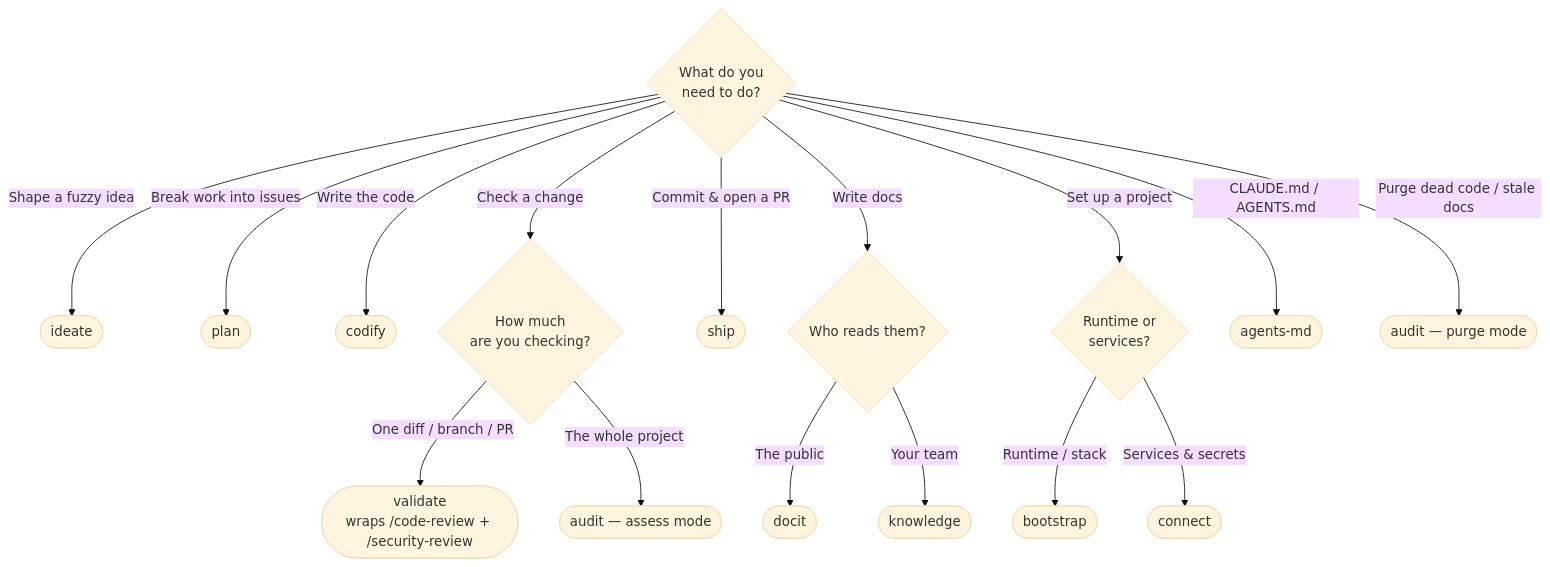
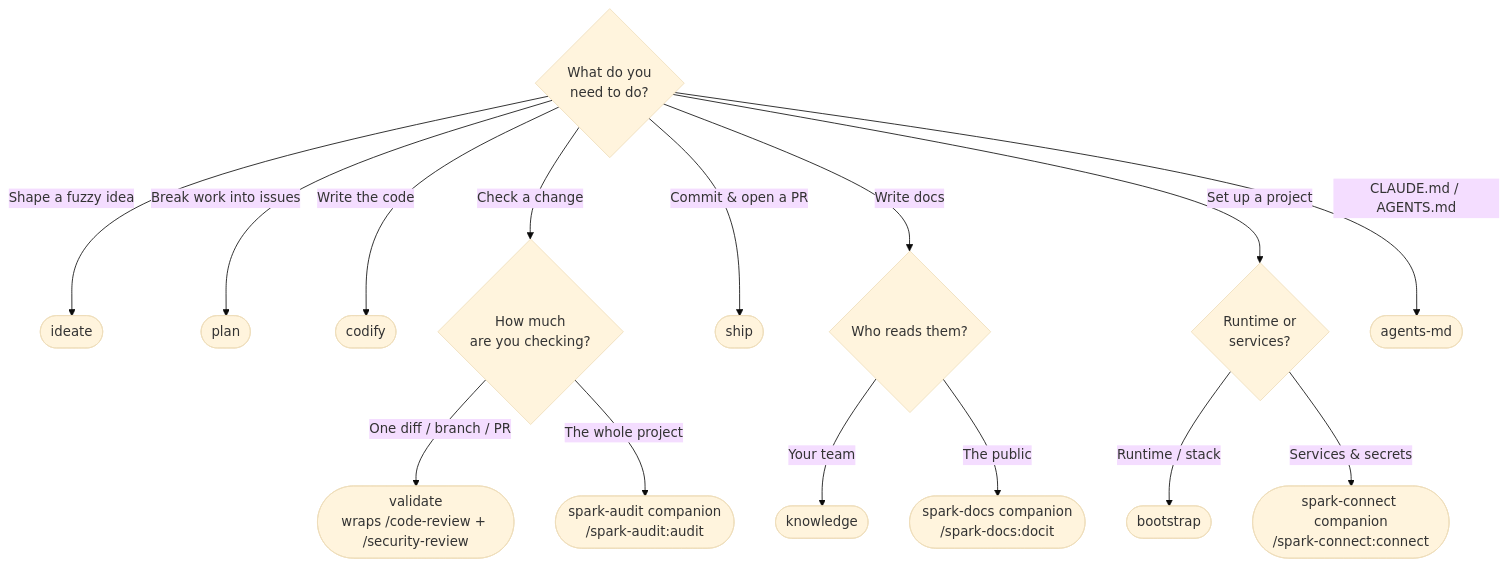
One commit to jwogrady/spark changed the diagram in plugins/spark/docs/reference/skills.md. Above: the diagram before and after it, drawn with Mermaid (base theme). The commit also changed other lines of this file and 19 other files, not shown here.

````diff
--- a/plugins/spark/docs/reference/skills.md
+++ b/plugins/spark/docs/reference/skills.md
@@ -17,19 +22,18 @@
 ```mermaid
 flowchart TD
     Q{What do you<br/>need to do?}
     Q -->|Shape a fuzzy idea| I([ideate])
     Q -->|Break work into issues| P([plan])
     Q -->|Write the code| C([codify])
     Q -->|Check a change| R{How much<br/>are you checking?}
     R -->|One diff / branch / PR| FI([validate<br/>wraps /code-review + /security-review])
-    R -->|The whole project| RV([audit — assess mode])
+    R -->|The whole project| RV([spark-audit companion<br/>/spark-audit:audit])
     Q -->|Commit & open a PR| S([ship])
     Q -->|Write docs| D{Who reads them?}
-    D -->|The public| DO([docit])
     D -->|Your team| K([knowledge])
+    D -->|The public| DO([spark-docs companion<br/>/spark-docs:docit])
     Q -->|Set up a project| SU{Runtime or<br/>services?}
     SU -->|Runtime / stack| B([bootstrap])
-    SU -->|Services & secrets| CN([connect])
+    SU -->|Services & secrets| CN([spark-connect companion<br/>/spark-connect:connect])
     Q -->|CLAUDE.md / AGENTS.md| AM([agents-md])
-    Q -->|Purge dead code / stale docs| CL([audit — purge mode])
 ```
````
